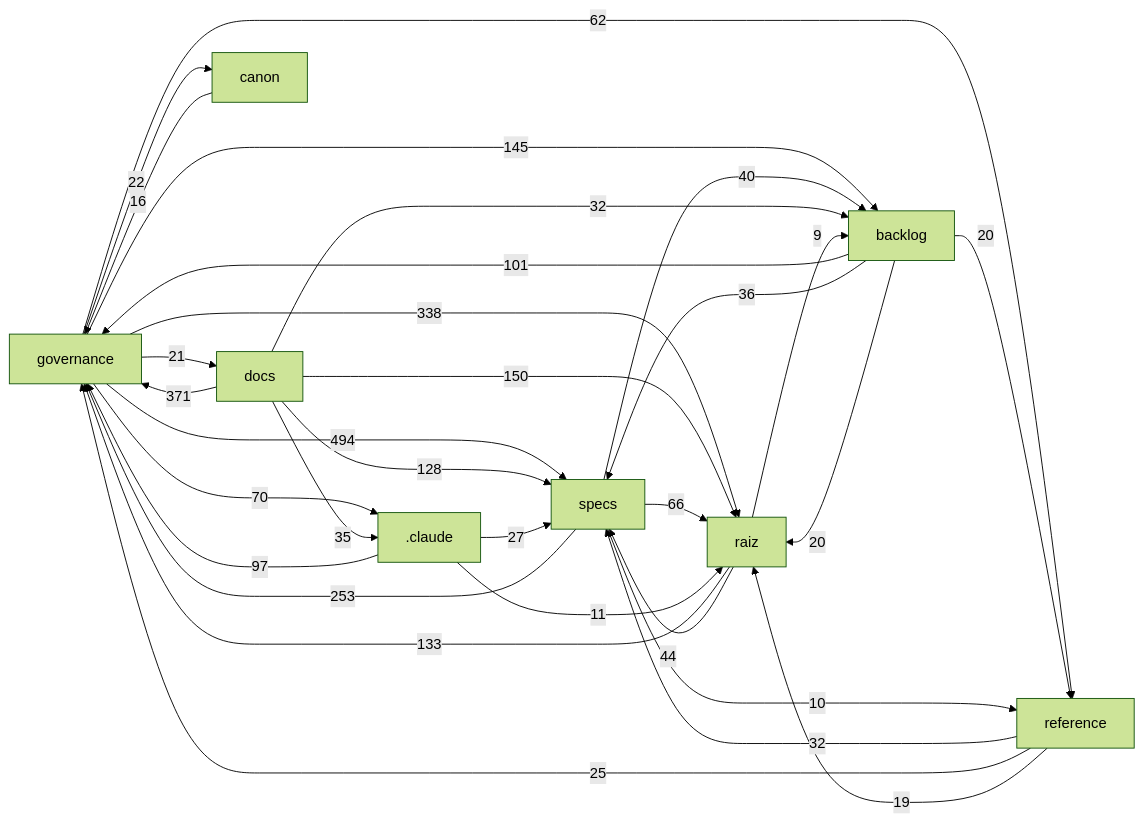
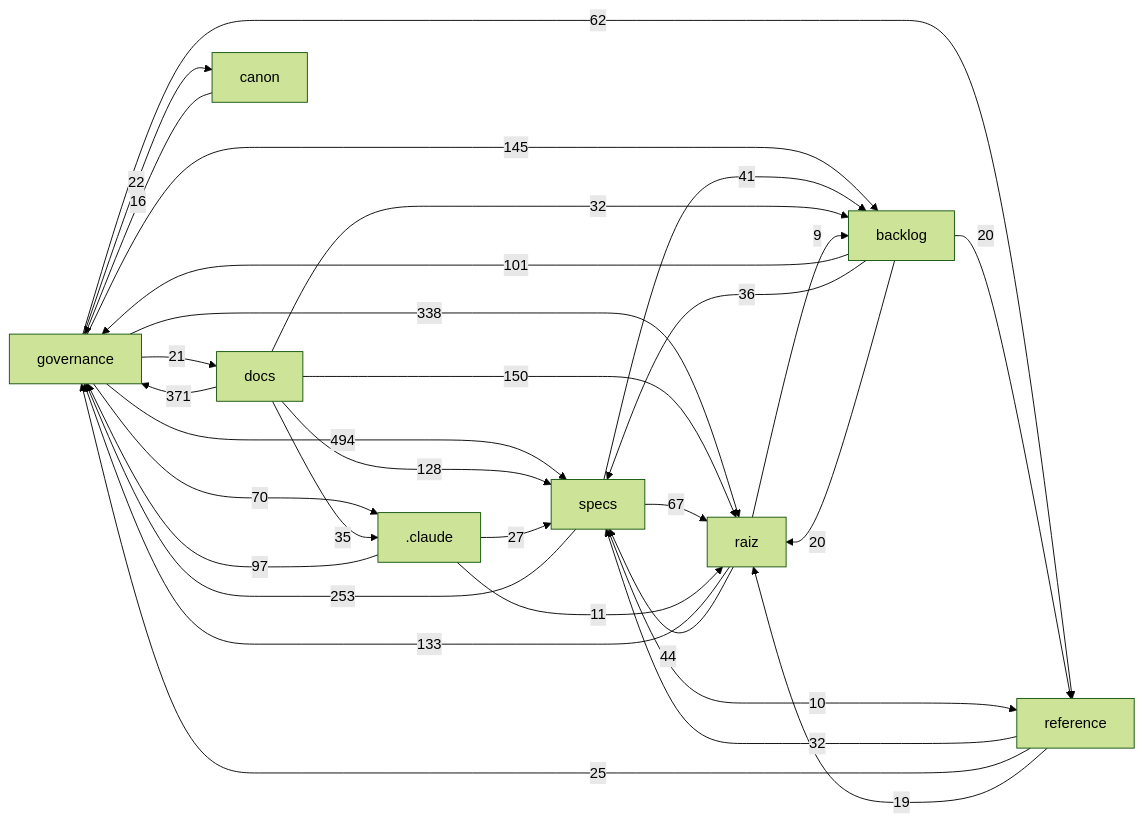
One commit to Andraus35/Sistema-Operacional-de-Trading--SOT changed the diagram in docs/mapa/MAPA-PROJETO.md. Above: the diagram before and after it, drawn with Mermaid (forest theme). The commit also changed other lines of this file and 1 other file, not shown here.

````diff
--- a/docs/mapa/MAPA-PROJETO.md
+++ b/docs/mapa/MAPA-PROJETO.md
@@ -29,33 +29,33 @@
 ```mermaid
 flowchart LR
   governance["governance"] -->|494| specs["specs"]
   docs["docs"] -->|371| governance["governance"]
   governance["governance"] -->|338| raiz["raiz"]
   specs["specs"] -->|253| governance["governance"]
   docs["docs"] -->|150| raiz["raiz"]
   governance["governance"] -->|145| backlog["backlog"]
   raiz["raiz"] -->|133| governance["governance"]
   docs["docs"] -->|128| specs["specs"]
   backlog["backlog"] -->|101| governance["governance"]
   _claude[".claude"] -->|97| governance["governance"]
   governance["governance"] -->|70| _claude[".claude"]
-  specs["specs"] -->|66| raiz["raiz"]
+  specs["specs"] -->|67| raiz["raiz"]
   governance["governance"] -->|62| reference["reference"]
   raiz["raiz"] -->|44| specs["specs"]
-  specs["specs"] -->|40| backlog["backlog"]
+  specs["specs"] -->|41| backlog["backlog"]
   backlog["backlog"] -->|36| specs["specs"]
   docs["docs"] -->|35| _claude[".claude"]
   docs["docs"] -->|32| backlog["backlog"]
   reference["reference"] -->|32| specs["specs"]
   _claude[".claude"] -->|27| specs["specs"]
   reference["reference"] -->|25| governance["governance"]
   governance["governance"] -->|22| canon["canon"]
   governance["governance"] -->|21| docs["docs"]
   backlog["backlog"] -->|20| raiz["raiz"]
   backlog["backlog"] -->|20| reference["reference"]
   reference["reference"] -->|19| raiz["raiz"]
   canon["canon"] -->|16| governance["governance"]
   _claude[".claude"] -->|11| raiz["raiz"]
   specs["specs"] -->|10| reference["reference"]
   raiz["raiz"] -->|9| backlog["backlog"]
 ```
````
